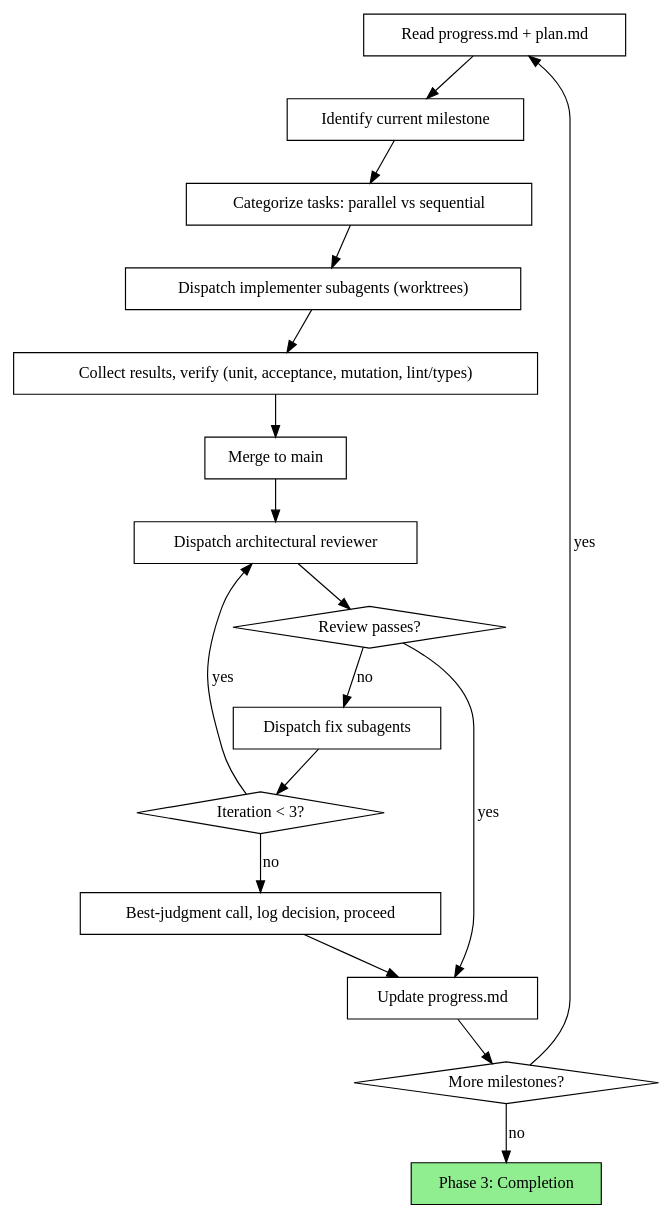
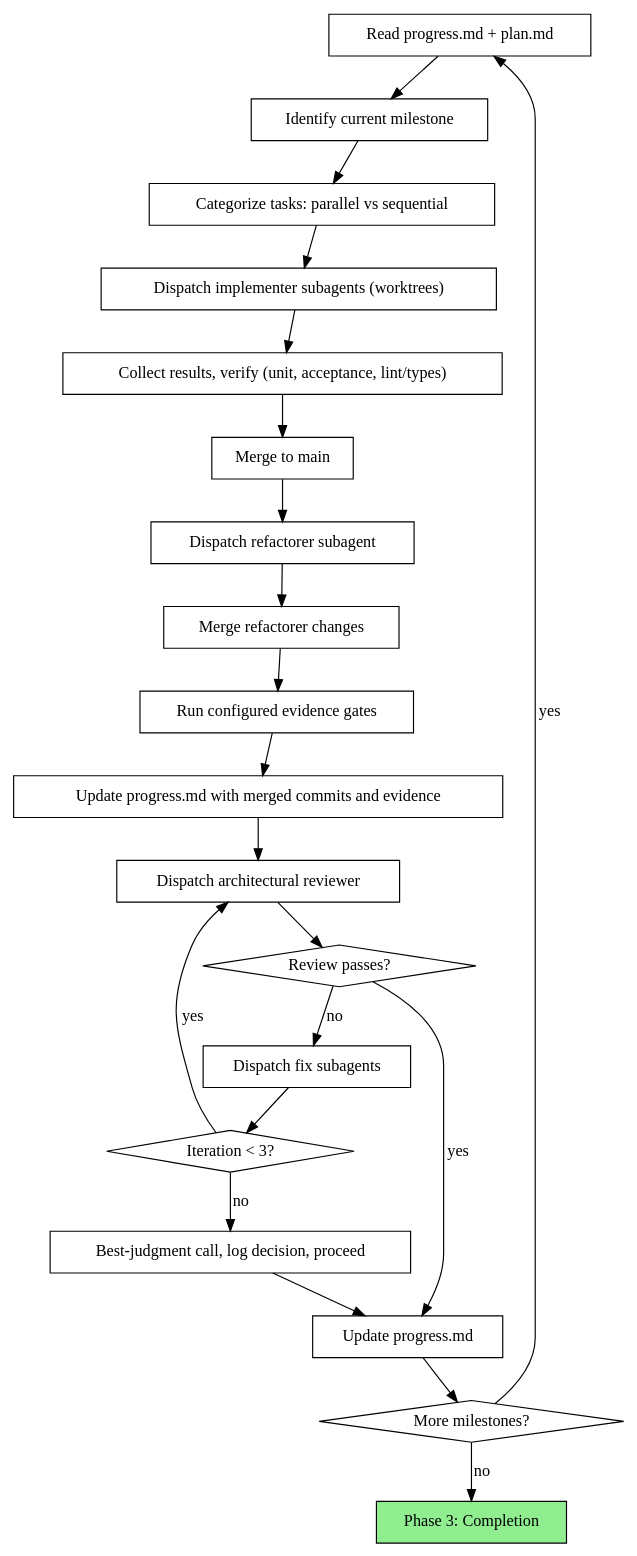
The second of 2 diagrams in skills/shepherd/SKILL.md (vadimcomanescu/agents-skills), drawn with Graphviz before and after one commit. The commit also changed other lines of this file and 18 other files, not shown here.

````diff
--- a/skills/shepherd/SKILL.md
+++ b/skills/shepherd/SKILL.md
@@ -152,37 +152,45 @@
 ```dot
 digraph orchestration {
     rankdir=TB;
 
     "Read progress.md + plan.md" [shape=box];
     "Identify current milestone" [shape=box];
     "Categorize tasks: parallel vs sequential" [shape=box];
     "Dispatch implementer subagents (worktrees)" [shape=box];
-    "Collect results, verify (unit, acceptance, mutation, lint/types)" [shape=box];
+    "Collect results, verify (unit, acceptance, lint/types)" [shape=box];
     "Merge to main" [shape=box];
+    "Dispatch refactorer subagent" [shape=box];
+    "Merge refactorer changes" [shape=box];
+    "Run configured evidence gates" [shape=box];
+    "Update progress.md with merged commits and evidence" [shape=box];
     "Dispatch architectural reviewer" [shape=box];
     "Review passes?" [shape=diamond];
     "Dispatch fix subagents" [shape=box];
     "Iteration < 3?" [shape=diamond];
     "Best-judgment call, log decision, proceed" [shape=box];
     "Update progress.md" [shape=box];
     "More milestones?" [shape=diamond];
     "Phase 3: Completion" [shape=box style=filled fillcolor=lightgreen];
 
     "Read progress.md + plan.md" -> "Identify current milestone";
     "Identify current milestone" -> "Categorize tasks: parallel vs sequential";
     "Categorize tasks: parallel vs sequential" -> "Dispatch implementer subagents (worktrees)";
-    "Dispatch implementer subagents (worktrees)" -> "Collect results, verify (unit, acceptance, mutation, lint/types)";
-    "Collect results, verify (unit, acceptance, mutation, lint/types)" -> "Merge to main";
-    "Merge to main" -> "Dispatch architectural reviewer";
+    "Dispatch implementer subagents (worktrees)" -> "Collect results, verify (unit, acceptance, lint/types)";
+    "Collect results, verify (unit, acceptance, lint/types)" -> "Merge to main";
+    "Merge to main" -> "Dispatch refactorer subagent";
+    "Dispatch refactorer subagent" -> "Merge refactorer changes";
+    "Merge refactorer changes" -> "Run configured evidence gates";
+    "Run configured evidence gates" -> "Update progress.md with merged commits and evidence";
+    "Update progress.md with merged commits and evidence" -> "Dispatch architectural reviewer";
     "Dispatch architectural reviewer" -> "Review passes?";
     "Review passes?" -> "Update progress.md" [label="yes"];
     "Review passes?" -> "Dispatch fix subagents" [label="no"];
     "Dispatch fix subagents" -> "Iteration < 3?";
     "Iteration < 3?" -> "Dispatch architectural reviewer" [label="yes"];
     "Iteration < 3?" -> "Best-judgment call, log decision, proceed" [label="no"];
     "Best-judgment call, log decision, proceed" -> "Update progress.md";
     "Update progress.md" -> "More milestones?";
     "More milestones?" -> "Read progress.md + plan.md" [label="yes"];
     "More milestones?" -> "Phase 3: Completion" [label="no"];
 }
 ```
````
